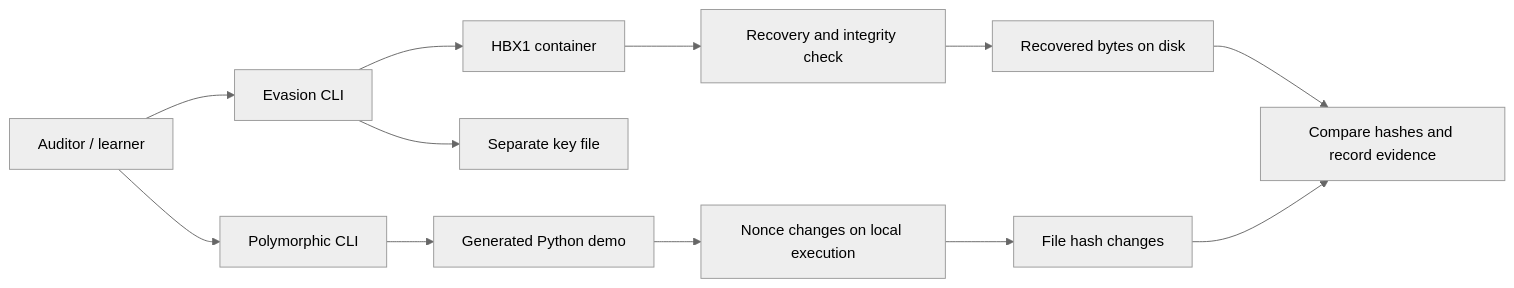
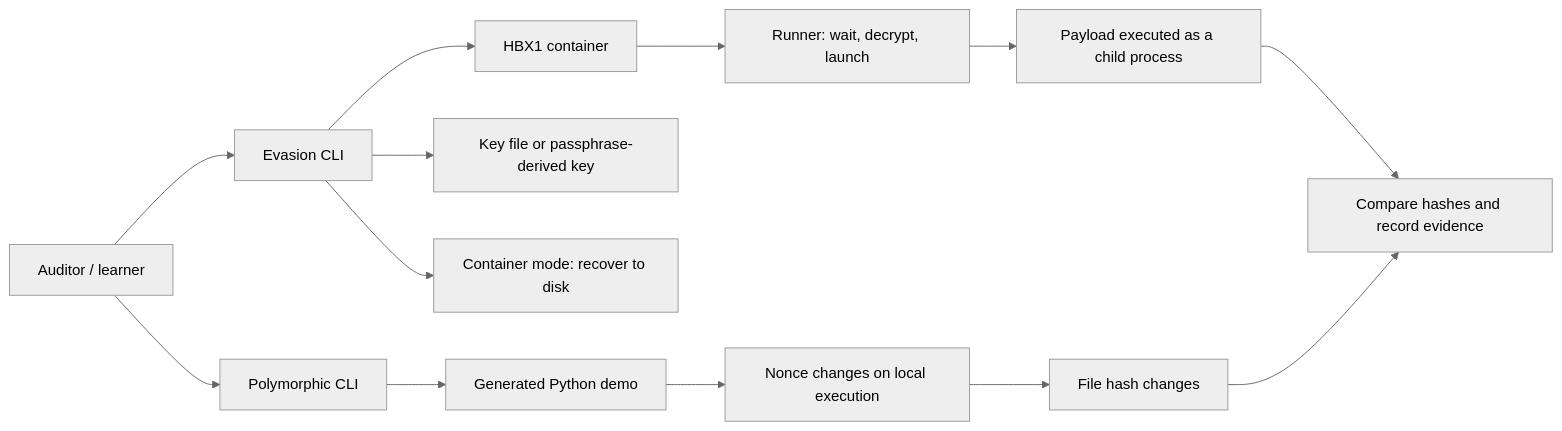
The eighth of 8 diagrams in README.md (fahdaguenouz/hidden-bytes), drawn with Mermaid (neutral theme) before and after one commit. The commit also changed other lines of this file and 3 other files, not shown here.

````diff
--- a/README.md
+++ b/README.md
@@ -720,14 +969,15 @@
 ```mermaid
 flowchart LR
     U[Auditor / learner] --> E[Evasion CLI]
     U --> P[Polymorphic CLI]
     E --> H[HBX1 container]
-    E --> K[Separate key file]
-    H --> R[Recovery and integrity check]
-    R --> O[Recovered bytes on disk]
+    E --> K[Key file or passphrase-derived key]
+    H --> R[Runner: wait, decrypt, launch]
+    R --> O[Payload executed as a child process]
+    E --> R2[Container mode: recover to disk]
     P --> S[Generated Python demo]
     S --> V[Nonce changes on local execution]
     V --> X[File hash changes]
     O --> D[Compare hashes and record evidence]
     X --> D
 ```
````
